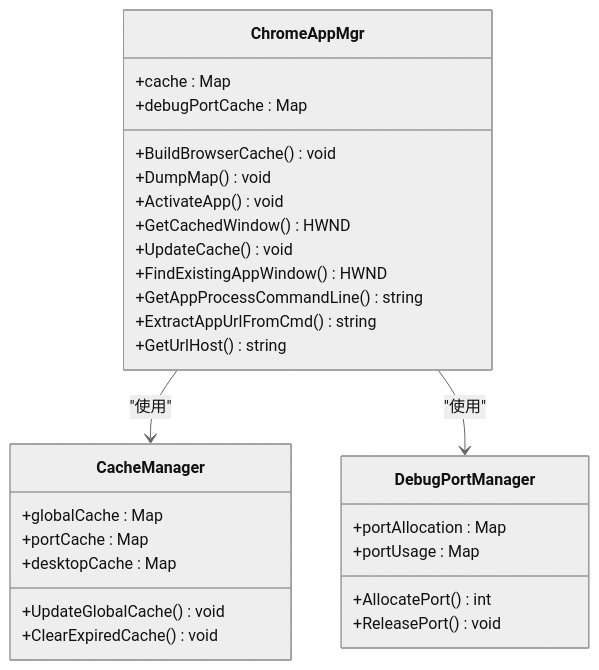
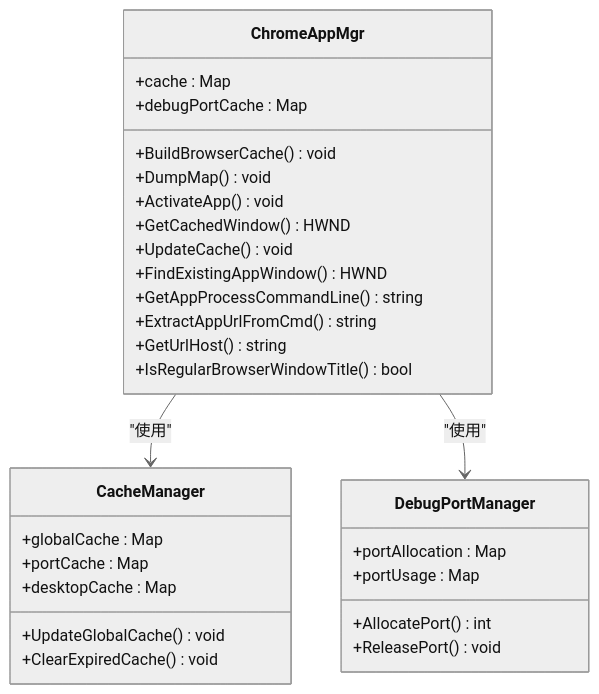
Diagram 17 of 20 in .qoder/repowiki/zh/content/核心功能/浏览器应用管理.md (wangys-123doit/hotkey), drawn with Mermaid (neutral theme) before and after one commit. The commit also changed other lines of this file and 9 other files, not shown here.

````diff
--- a/.qoder/repowiki/zh/content/核心功能/浏览器应用管理.md
+++ b/.qoder/repowiki/zh/content/核心功能/浏览器应用管理.md
@@ -713,31 +716,32 @@
 ```mermaid
 classDiagram
 class ChromeAppMgr {
 +cache : Map
 +debugPortCache : Map
 +BuildBrowserCache() void
 +DumpMap() void
 +ActivateApp() void
 +GetCachedWindow() HWND
 +UpdateCache() void
 +FindExistingAppWindow() HWND
 +GetAppProcessCommandLine() string
 +ExtractAppUrlFromCmd() string
 +GetUrlHost() string
++IsRegularBrowserWindowTitle() bool
 }
 class CacheManager {
 +globalCache : Map
 +portCache : Map
 +desktopCache : Map
 +UpdateGlobalCache() void
 +ClearExpiredCache() void
 }
 class DebugPortManager {
 +portAllocation : Map
 +portUsage : Map
 +AllocatePort() int
 +ReleasePort() void
 }
 ChromeAppMgr --> CacheManager : "使用"
 ChromeAppMgr --> DebugPortManager : "使用"
 ```
````
